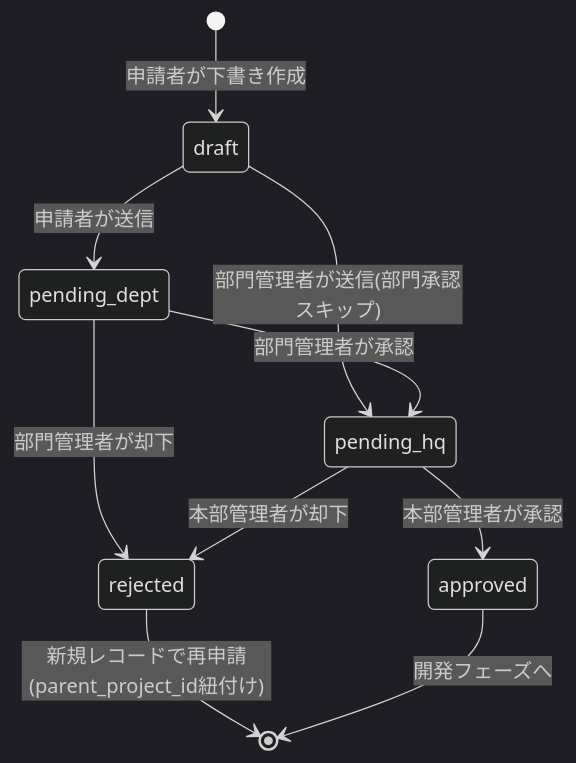
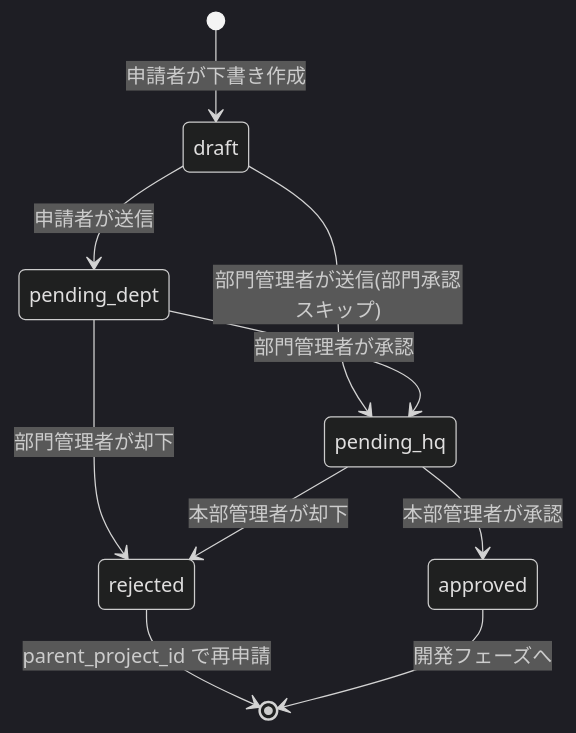
Before and after one commit to toutetu/ProjNexus: the fifth of 6 diagrams in quest_1/doc/Design/screen_flow.md, drawn with Mermaid (dark theme). The commit also changed other lines of this file and 7 other files, not shown here.

````diff
--- a/quest_1/doc/Design/screen_flow.md
+++ b/quest_1/doc/Design/screen_flow.md
@@ -100,12 +375,12 @@
 ```mermaid
 stateDiagram-v2
   [*] --> draft: 申請者が下書き作成
   draft --> pending_dept: 申請者が送信
   draft --> pending_hq: 部門管理者が送信(部門承認スキップ)
   pending_dept --> pending_hq: 部門管理者が承認
   pending_dept --> rejected: 部門管理者が却下
   pending_hq --> approved: 本部管理者が承認
   pending_hq --> rejected: 本部管理者が却下
-  rejected --> [*]: 新規レコードで再申請(parent_project_id紐付け)
+  rejected --> [*]: parent_project_id で再申請
   approved --> [*]: 開発フェーズへ
 ```
````
